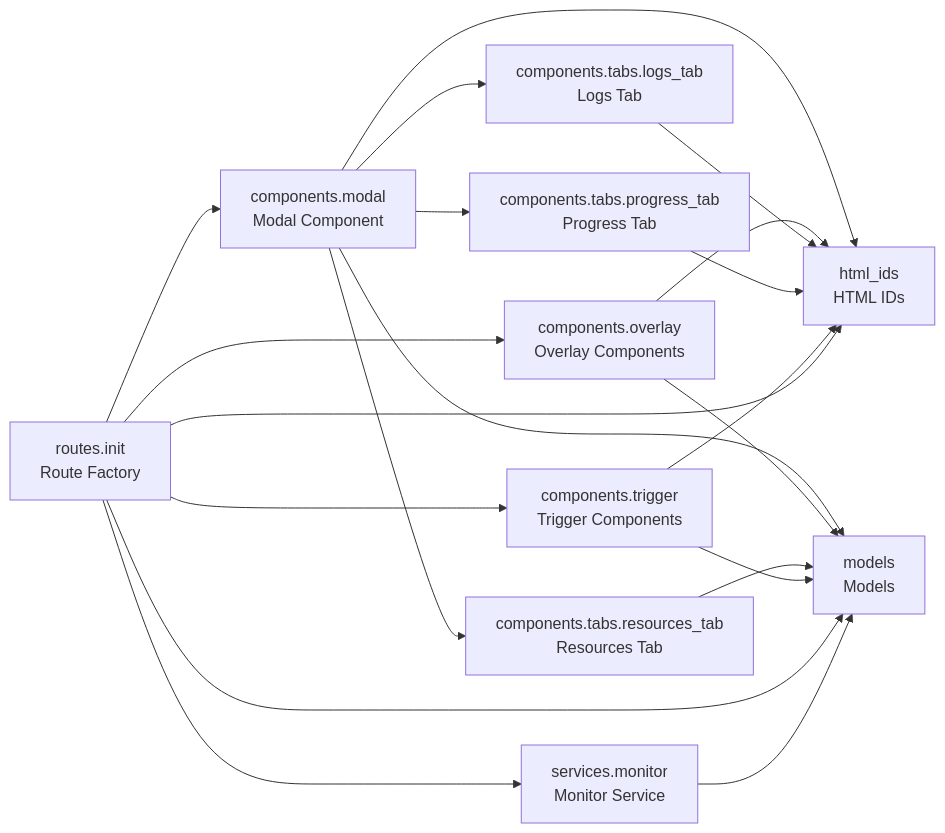
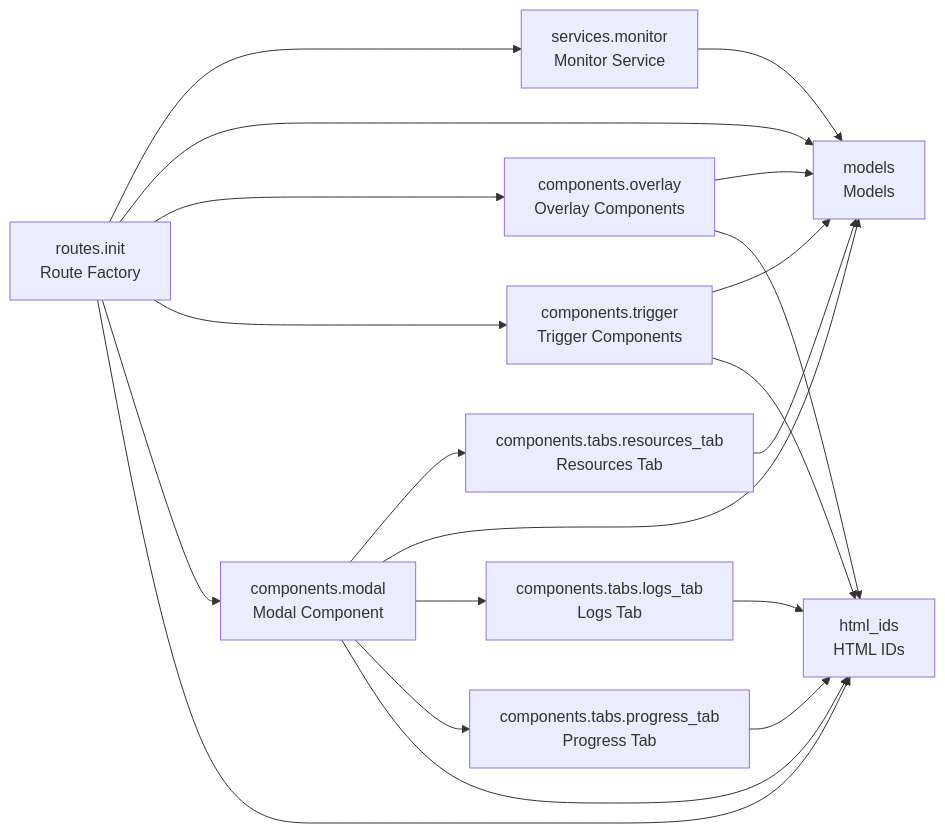
The diagram in README.md (cj-mills/cjm-fasthtml-job-monitor), drawn with Mermaid before and after one commit. The commit also changed other lines of this file and 3 other files, not shown here.

````diff
--- a/README.md
+++ b/README.md
@@ -34,33 +34,33 @@
 ``` mermaid
 graph LR
     components_modal[components.modal<br/>Modal Component]
     components_overlay[components.overlay<br/>Overlay Components]
     components_tabs_logs_tab[components.tabs.logs_tab<br/>Logs Tab]
     components_tabs_progress_tab[components.tabs.progress_tab<br/>Progress Tab]
     components_tabs_resources_tab[components.tabs.resources_tab<br/>Resources Tab]
     components_trigger[components.trigger<br/>Trigger Components]
     html_ids[html_ids<br/>HTML IDs]
     models[models<br/>Models]
     routes_init[routes.init<br/>Route Factory]
     services_monitor[services.monitor<br/>Monitor Service]
 
+    components_modal --> components_tabs_resources_tab
+    components_modal --> models
+    components_modal --> components_tabs_logs_tab
+    components_modal --> components_tabs_progress_tab
     components_modal --> html_ids
-    components_modal --> components_tabs_progress_tab
-    components_modal --> models
-    components_modal --> components_tabs_resources_tab
-    components_modal --> components_tabs_logs_tab
+    components_overlay --> models
     components_overlay --> html_ids
-    components_overlay --> models
     components_tabs_logs_tab --> html_ids
     components_tabs_progress_tab --> html_ids
     components_tabs_resources_tab --> models
+    components_trigger --> models
     components_trigger --> html_ids
-    components_trigger --> models
-    routes_init --> html_ids
     routes_init --> services_monitor
-    routes_init --> components_modal
     routes_init --> models
     routes_init --> components_overlay
     routes_init --> components_trigger
+    routes_init --> components_modal
+    routes_init --> html_ids
     services_monitor --> models
 ```
````
